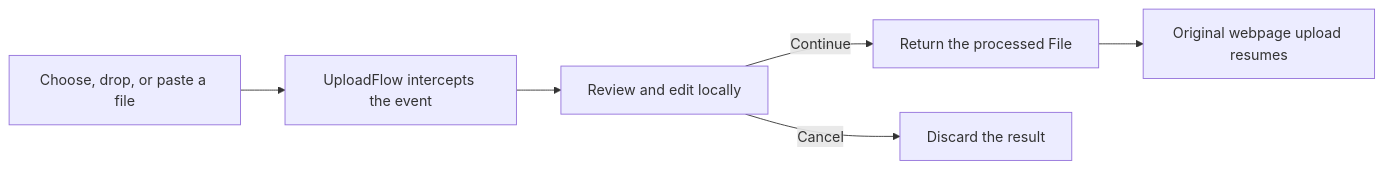
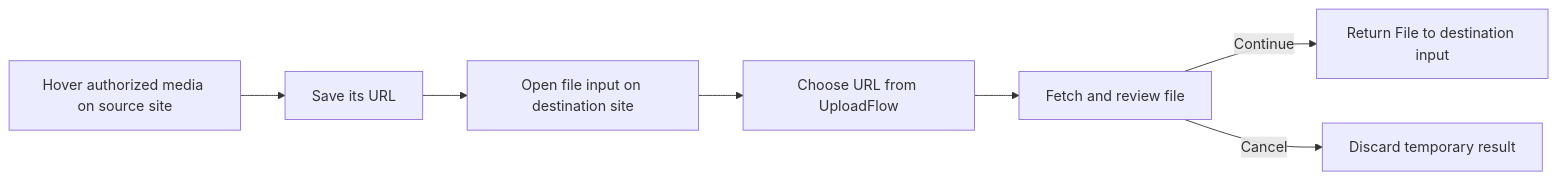
Before and after one commit to cloudgrids/uploadflow: the diagram in README.md, drawn with Mermaid. The commit also changed other lines of this file and 12 other files, not shown here.

````diff
--- a/README.md
+++ b/README.md
@@ -35,8 +37,9 @@
 ```mermaid
 flowchart LR
-    A[Choose, drop, or paste a file] --> B[UploadFlow intercepts the event]
-    B --> C[Review and edit locally]
-    C -->|Continue| D[Return the processed File]
-    D --> E[Original webpage upload resumes]
-    C -->|Cancel| F[Discard the result]
+    A[Hover authorized media on source site] --> B[Save its URL]
+    B --> C[Open file input on destination site]
+    C --> D[Choose URL from UploadFlow]
+    D --> E[Fetch and review file]
+    E -->|Continue| F[Return File to destination input]
+    E -->|Cancel| G[Discard temporary result]
 ```
````
